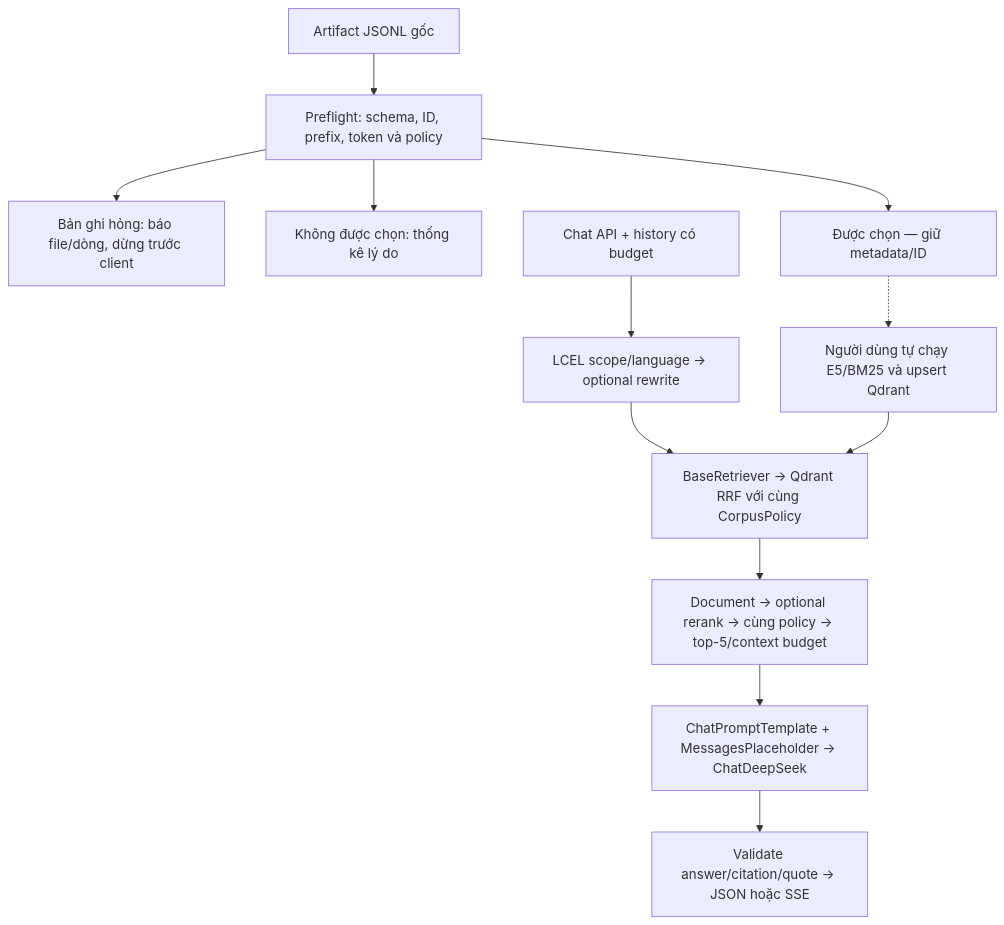
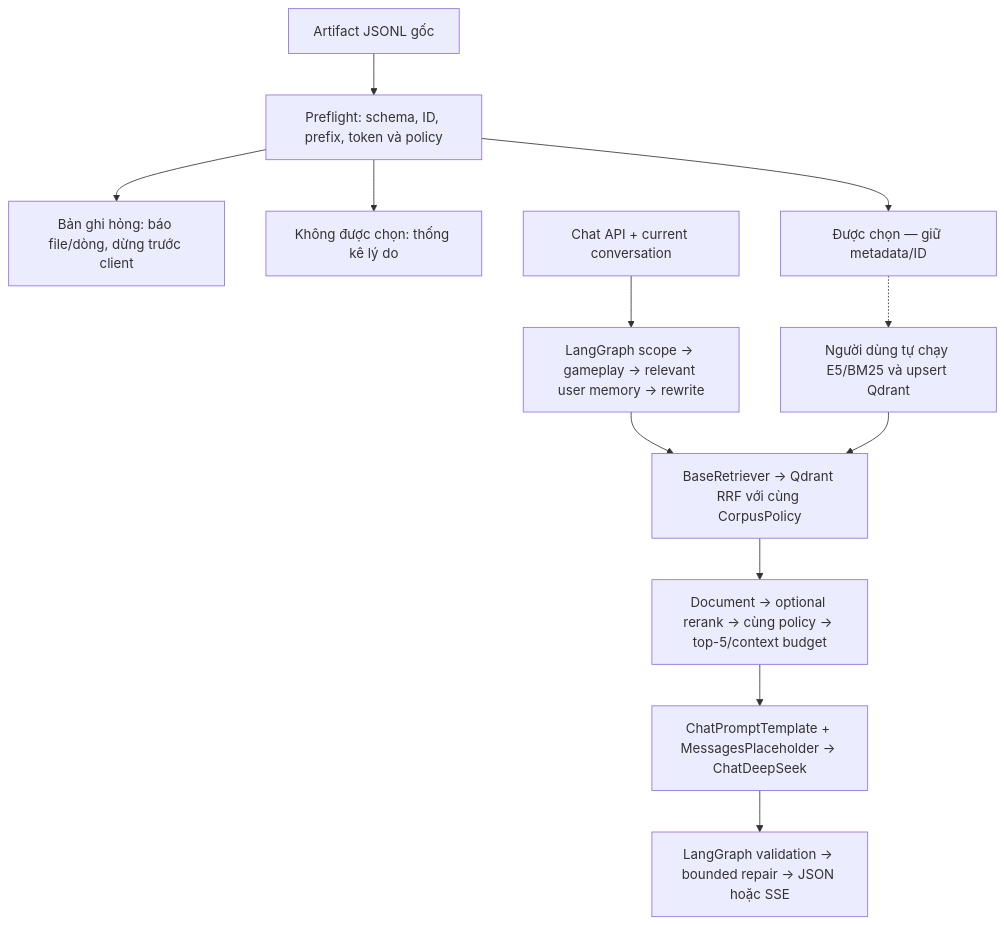
One commit to HoanBuCon/Index-Beast changed the diagram in backend/app/rag/README.md. Above: the diagram before and after it, drawn with Mermaid. The commit also changed other lines of this file and 64 other files, not shown here.

````diff
--- a/backend/app/rag/README.md
+++ b/backend/app/rag/README.md
@@ -97,14 +135,14 @@
 ```mermaid
 flowchart TD
     A["Artifact JSONL gốc"] --> B["Preflight: schema, ID, prefix, token và policy"]
     B --> C["Bản ghi hỏng: báo file/dòng, dừng trước client"]
     B --> D["Không được chọn: thống kê lý do"]
     B --> E["Được chọn — giữ metadata/ID"]
     E -.-> F["Người dùng tự chạy E5/BM25 và upsert Qdrant"]
-    G["Chat API + history có budget"] --> H["LCEL scope/language → optional rewrite"]
+    G["Chat API + current conversation"] --> H["LangGraph scope → gameplay → relevant user memory → rewrite"]
     H --> I["BaseRetriever → Qdrant RRF với cùng CorpusPolicy"]
     F --> I
     I --> J["Document → optional rerank → cùng policy → top-5/context budget"]
     J --> K["ChatPromptTemplate + MessagesPlaceholder → ChatDeepSeek"]
-    K --> L["Validate answer/citation/quote → JSON hoặc SSE"]
+    K --> L["LangGraph validation → bounded repair → JSON hoặc SSE"]
 ```
````
